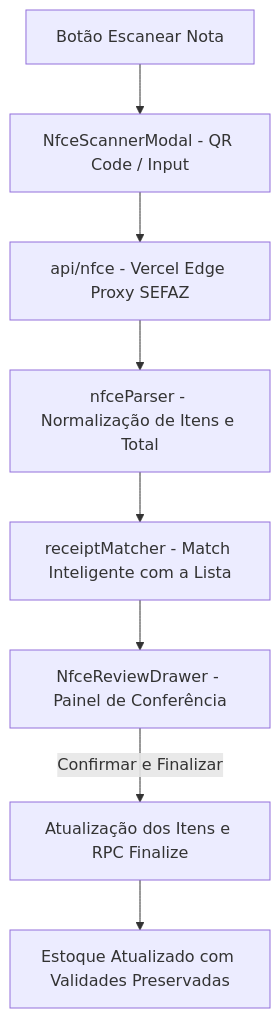
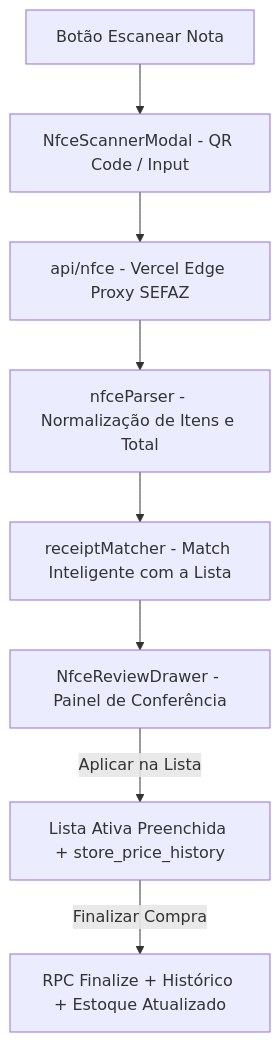
Before and after one commit to ApenasGabs/meuestoque: the first of 20 diagrams in AI_KNOWLEDGE_BASE.md, drawn with Mermaid. The commit also changed other lines of this file and 13 other files, not shown here.

Commit message:
fix: 🐛 aplica itens da NFC-e na lista ativa antes de finalizar e registra histórico de preços

````diff
--- a/AI_KNOWLEDGE_BASE.md
+++ b/AI_KNOWLEDGE_BASE.md
@@ -49,10 +49,10 @@
 ```mermaid
 graph TD
     A[Botão Escanear Nota] --> B[NfceScannerModal - QR Code / Input]
     B --> C[api/nfce - Vercel Edge Proxy SEFAZ]
     C --> D[nfceParser - Normalização de Itens e Total]
     D --> E[receiptMatcher - Match Inteligente com a Lista]
     E --> F[NfceReviewDrawer - Painel de Conferência]
-    F -->|Confirmar e Finalizar| G[Atualização dos Itens e RPC Finalize]
-    G --> H[Estoque Atualizado com Validades Preservadas]
+    F -->|Aplicar na Lista| G[Lista Ativa Preenchida + store_price_history]
+    G -->|Finalizar Compra| H[RPC Finalize + Histórico + Estoque Atualizado]
 ```
````
